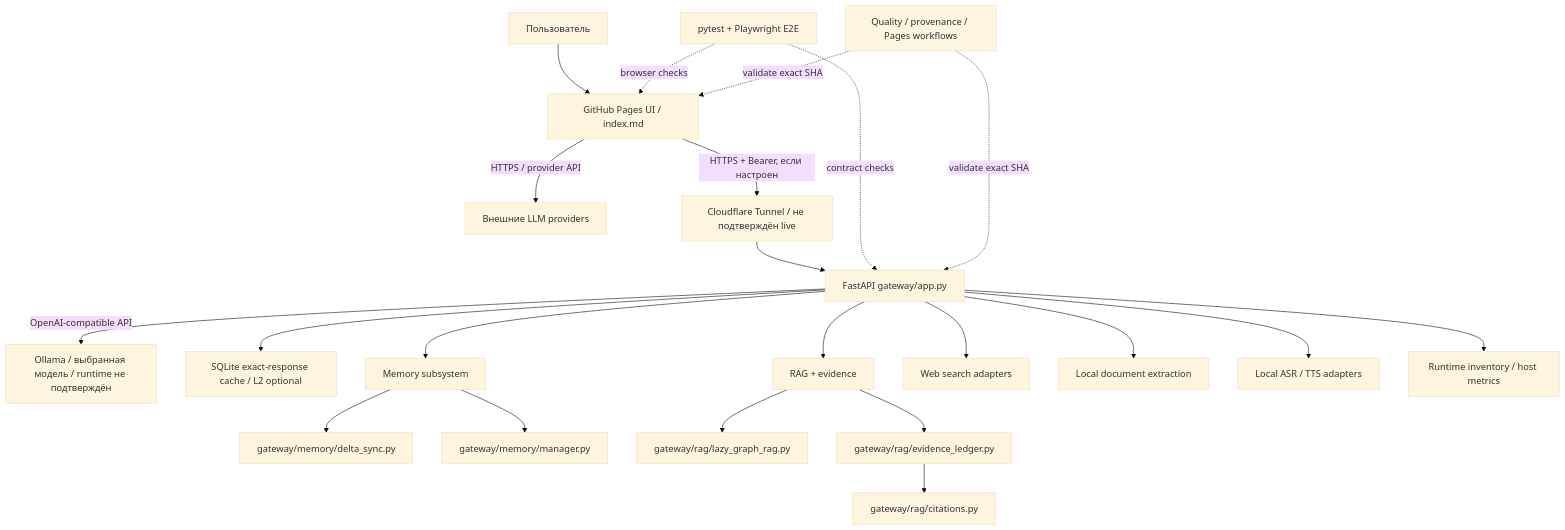
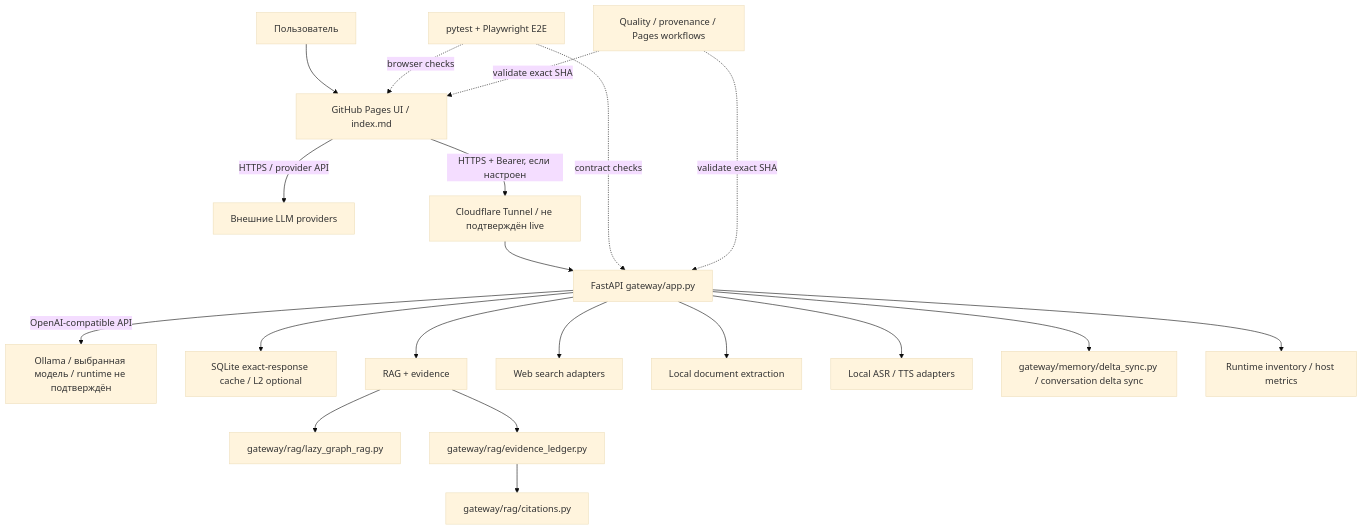
Before and after one commit to DorpNay/skills-github-pages: the diagram in docs/ALANDI_ARCHITECTURE_MAP_RU.md, drawn with Mermaid (base theme). The commit also changed other lines of this file, not shown here.

Commit message:
docs(architecture): remove retired server memory graph topology

````diff
--- a/docs/ALANDI_ARCHITECTURE_MAP_RU.md
+++ b/docs/ALANDI_ARCHITECTURE_MAP_RU.md
@@ -8,24 +8,22 @@
 ```mermaid
 flowchart TD
   User[Пользователь] --> UI[GitHub Pages UI / index.md]
   UI -->|HTTPS / provider API| Providers[Внешние LLM providers]
   UI -->|HTTPS + Bearer, если настроен| Tunnel[Cloudflare Tunnel / не подтверждён live]
   Tunnel --> GW[FastAPI gateway/app.py]
   GW -->|OpenAI-compatible API| Ollama[Ollama / выбранная модель / runtime не подтверждён]
   GW --> Cache[SQLite exact-response cache / L2 optional]
-  GW --> Memory[Memory subsystem]
   GW --> RAG[RAG + evidence]
   GW --> Search[Web search adapters]
   GW --> Docs[Local document extraction]
   GW --> Audio[Local ASR / TTS adapters]
-  Memory --> Delta[gateway/memory/delta_sync.py]
-  Memory --> Graph[gateway/memory/manager.py]
+  GW --> Delta[gateway/memory/delta_sync.py / conversation delta sync]
   RAG --> Lazy[gateway/rag/lazy_graph_rag.py]
   RAG --> Ledger[gateway/rag/evidence_ledger.py]
   Ledger --> Citations[gateway/rag/citations.py]
   GW --> Runtime[Runtime inventory / host metrics]
   Tests[pytest + Playwright E2E] -. contract checks .-> GW
   Tests -. browser checks .-> UI
   CI[Quality / provenance / Pages workflows] -. validate exact SHA .-> UI
   CI -. validate exact SHA .-> GW
 ```
````
